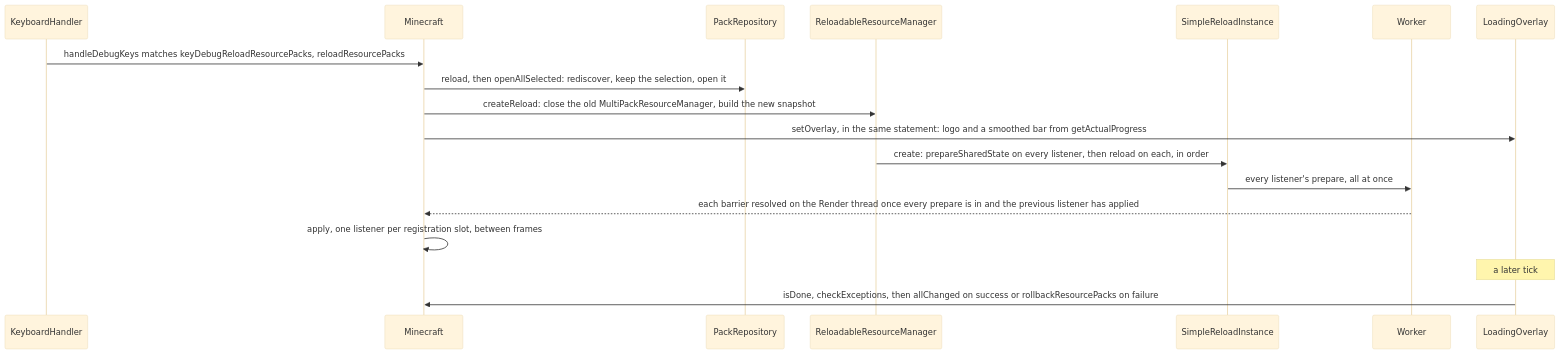
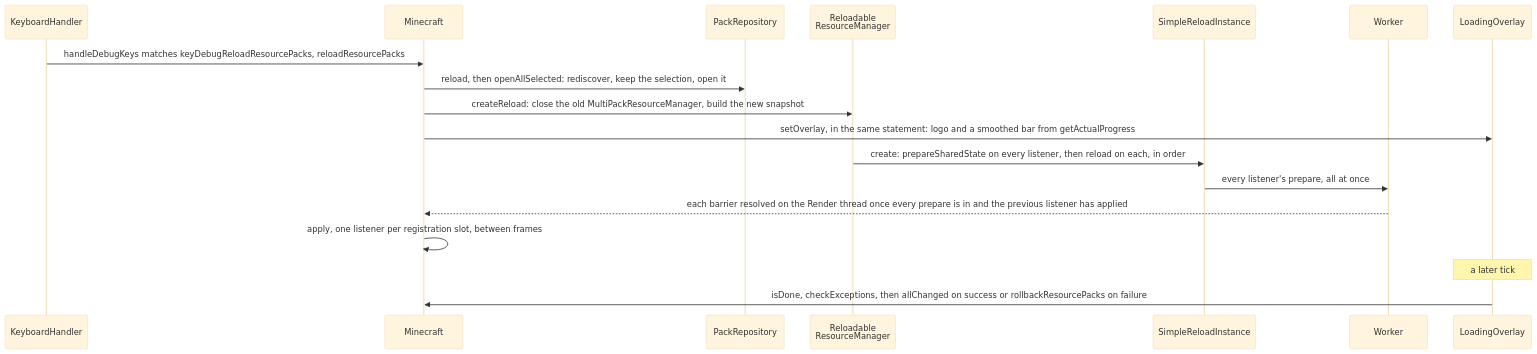
Before and after one commit to AlexanderjFraser/MinecraftDocs: the third of 3 diagrams in src/systems/foundations/resource-system.md, drawn with Mermaid (base theme). The commit also changed 68 other files, not shown here.

````diff
--- a/src/systems/foundations/resource-system.md
+++ b/src/systems/foundations/resource-system.md
@@ -309,21 +309,21 @@
 ```mermaid
 sequenceDiagram
     participant KH as KeyboardHandler
     participant MC as Minecraft
     participant PR as PackRepository
-    participant RRM as ReloadableResourceManager
+    participant RRM as Reloadable<br/>ResourceManager
     participant SRI as SimpleReloadInstance
     participant Worker as Worker
     participant LO as LoadingOverlay
 
     KH->>MC: handleDebugKeys matches keyDebugReloadResourcePacks, reloadResourcePacks
     MC->>PR: reload, then openAllSelected: rediscover, keep the selection, open it
     MC->>RRM: createReload: close the old MultiPackResourceManager, build the new snapshot
     MC->>LO: setOverlay, in the same statement: logo and a smoothed bar from getActualProgress
     RRM->>SRI: create: prepareSharedState on every listener, then reload on each, in order
     SRI->>Worker: every listener's prepare, all at once
     Worker-->>MC: each barrier resolved on the Render thread once every prepare is in and the previous listener has applied
     MC->>MC: apply, one listener per registration slot, between frames
     Note over LO: a later tick
     LO->>MC: isDone, checkExceptions, then allChanged on success or rollbackResourcePacks on failure
 ```
````
